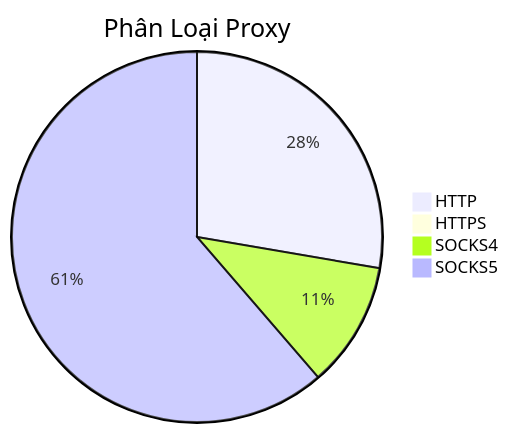
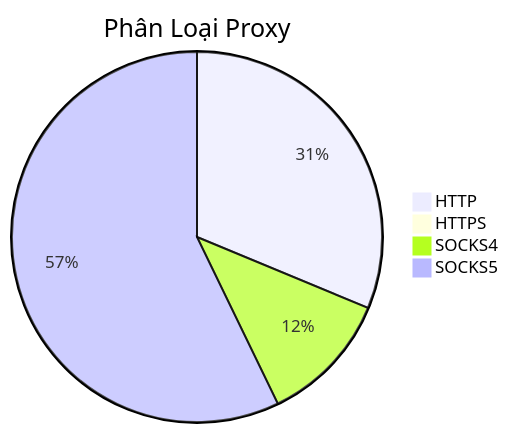
Before and after one commit to Ciara-Aa/PROXY-free: the diagram in README.md, drawn with Mermaid. The commit also changed other lines of this file and 4 other files, not shown here.

````diff
--- a/README.md
+++ b/README.md
@@ -26,7 +26,7 @@
 ```mermaid
 pie title Phân Loại Proxy
-    "HTTP" : 601
-    "HTTPS" : 1
-    "SOCKS4" : 238
-    "SOCKS5" : 1331
+    "HTTP" : 622
+    "HTTPS" : 2
+    "SOCKS4" : 230
+    "SOCKS5" : 1138
 ```
````
